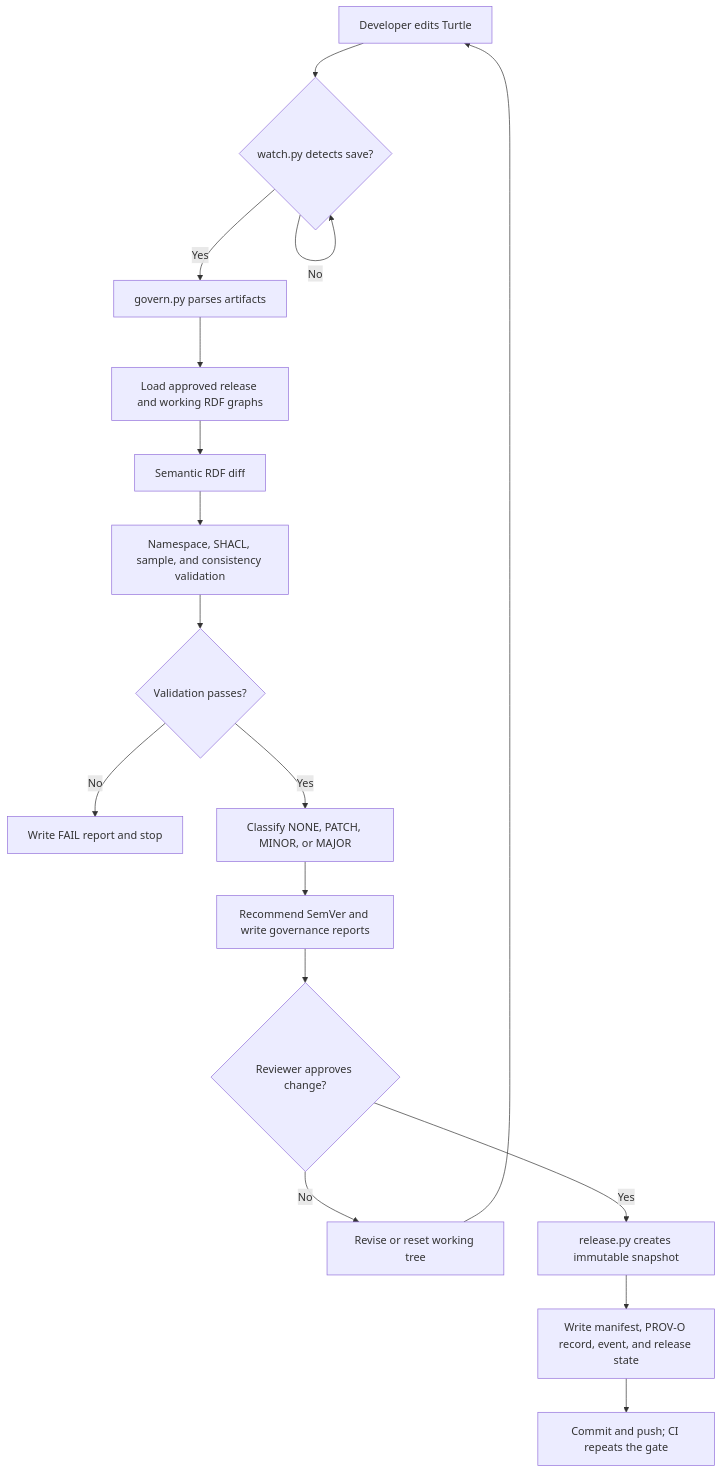
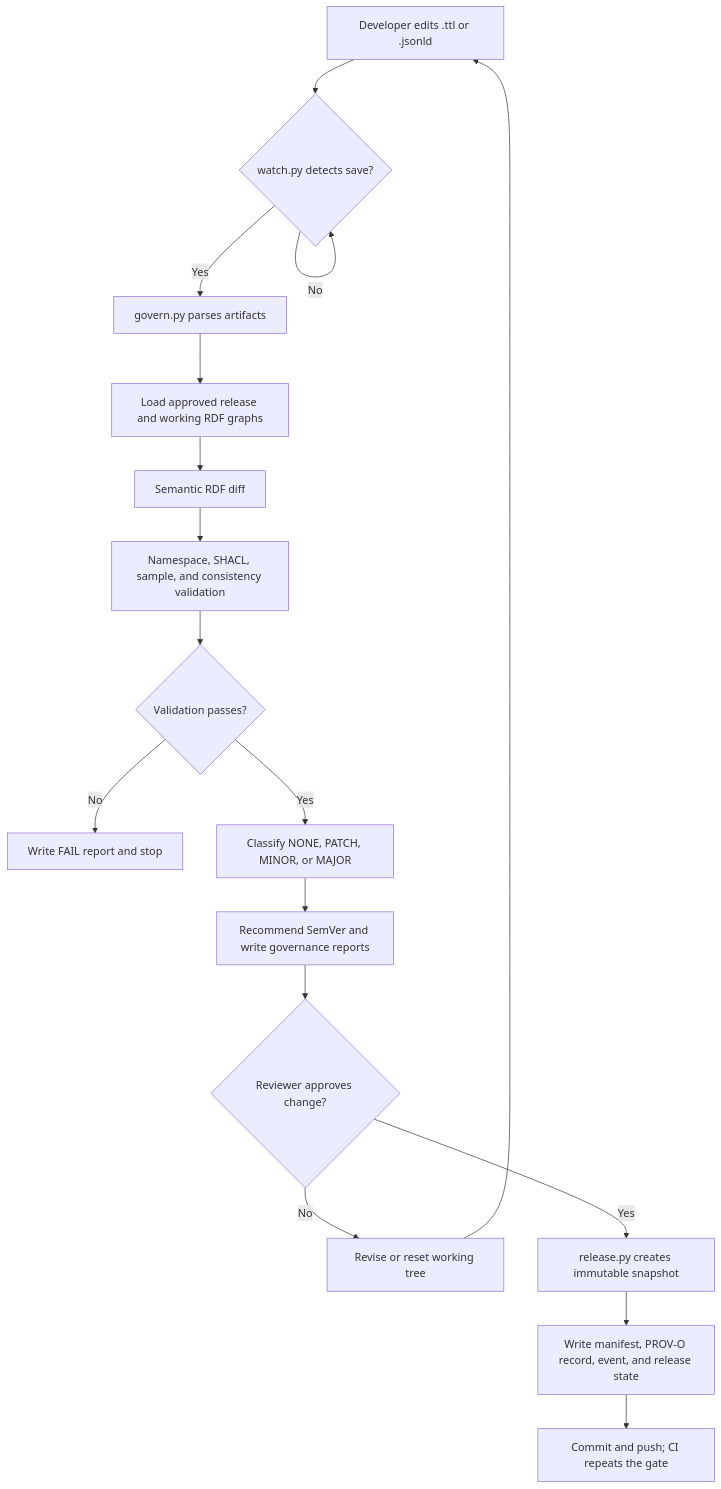
The diagram in README.md (aisemanticexpert/ontology-governance), drawn with Mermaid before and after one commit. The commit also changed other lines of this file and 9 other files, not shown here.

````diff
--- a/README.md
+++ b/README.md
@@ -22,19 +22,19 @@
 ```mermaid
 flowchart TD
-  A[Developer edits Turtle] --> B{watch.py detects save?}
+  A[Developer edits .ttl or .jsonld] --> B{watch.py detects save?}
   B -- No --> B
   B -- Yes --> C[govern.py parses artifacts]
   C --> D[Load approved release and working RDF graphs]
   D --> E[Semantic RDF diff]
   E --> F[Namespace, SHACL, sample, and consistency validation]
   F --> G{Validation passes?}
   G -- No --> H[Write FAIL report and stop]
   G -- Yes --> I[Classify NONE, PATCH, MINOR, or MAJOR]
   I --> J[Recommend SemVer and write governance reports]
   J --> K{Reviewer approves change?}
   K -- No --> L[Revise or reset working tree]
   L --> A
   K -- Yes --> M[release.py creates immutable snapshot]
   M --> N[Write manifest, PROV-O record, event, and release state]
   N --> O[Commit and push; CI repeats the gate]
 ```
````
